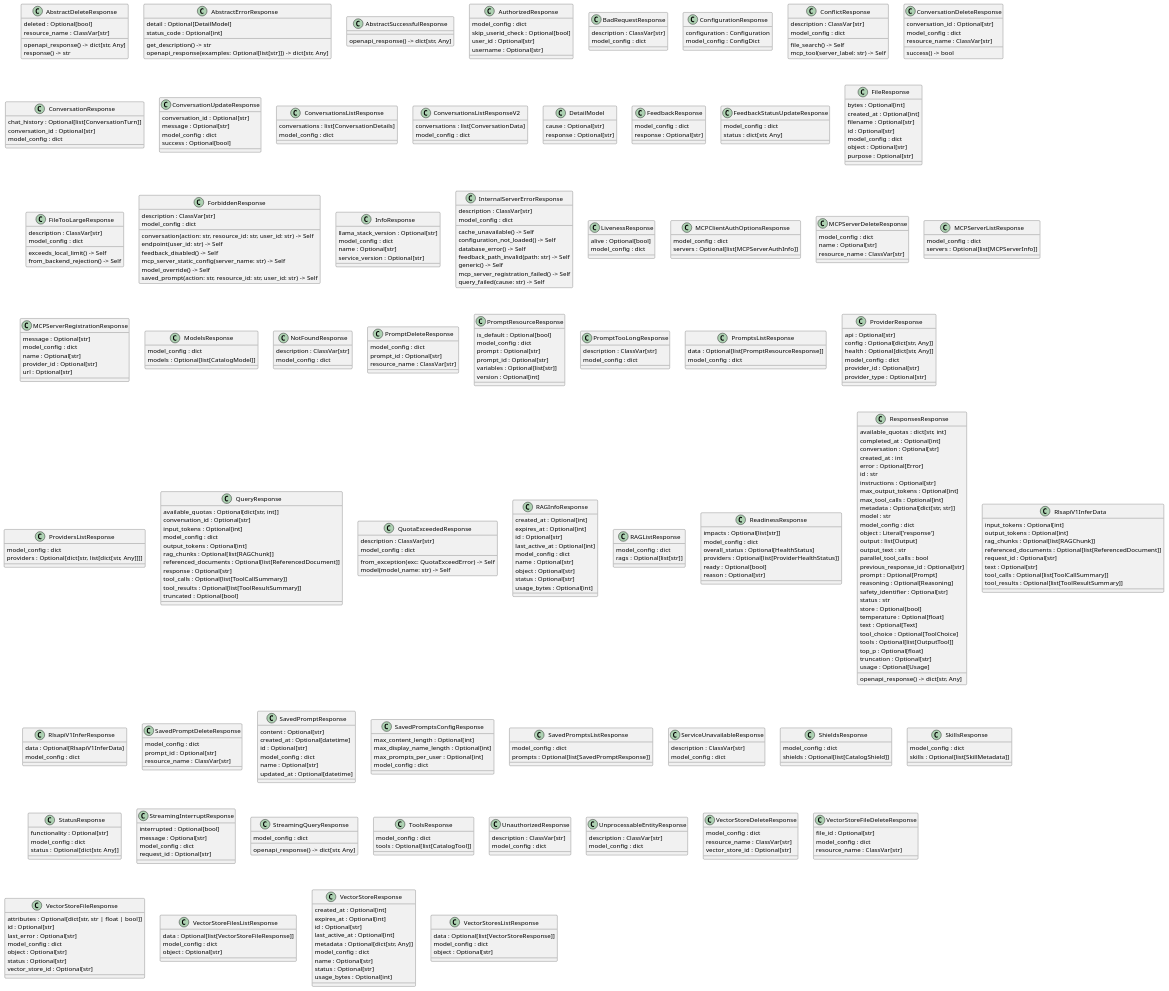
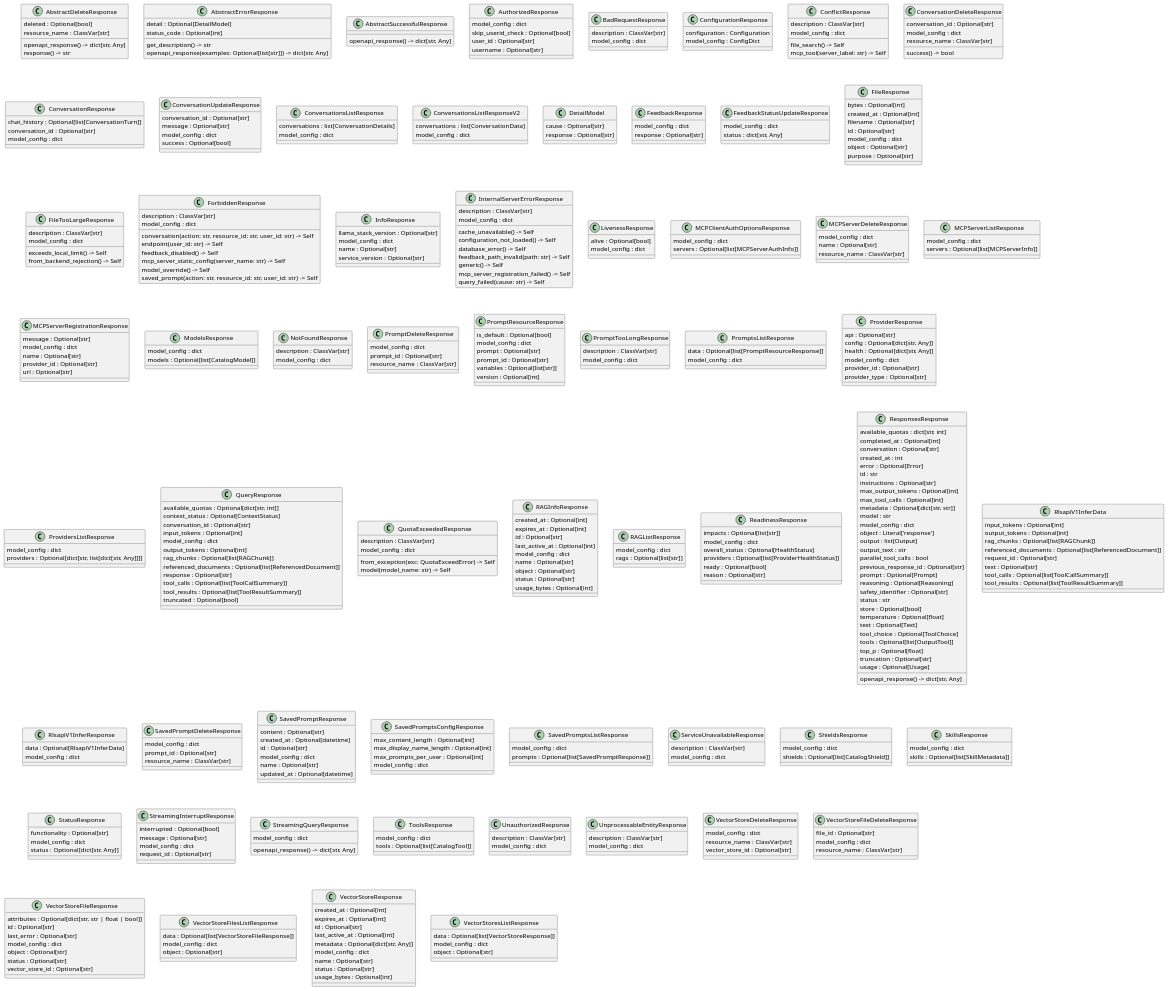
The diagram in docs/models/responses.puml (radofuchs/lightspeed-stack), drawn with PlantUML before and after one commit. The commit also changed 9 other files, not shown here.

```diff
--- a/docs/models/responses.puml
+++ b/docs/models/responses.puml
@@ -181,6 +181,7 @@
 }
 class "QueryResponse" as src.models.api.responses.successful.query.QueryResponse {
   available_quotas : Optional[dict[str, int]]
+  context_status : Optional[ContextStatus]
   conversation_id : Optional[str]
   input_tokens : Optional[int]
   model_config : dict
```
